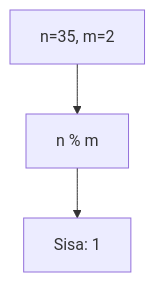
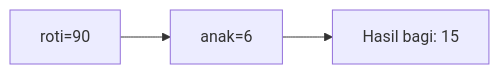
Before and after one commit to amnahwaida/OSNK_INF_PREP: the fifth of 25 diagrams in part-c-pemahaman-cpp/01-tipe-data/latihan/set-10.md, drawn with Mermaid. The commit also changed other lines of this file and 71 other files, not shown here.

````diff
--- a/part-c-pemahaman-cpp/01-tipe-data/latihan/set-10.md
+++ b/part-c-pemahaman-cpp/01-tipe-data/latihan/set-10.md
@@ -159,5 +134,5 @@
 ```mermaid
-graph TD
-A["n=35, m=2"] --> B["n % m"]
-B --> C["Sisa: 1"]
+graph LR
+A["roti=90"] --> B["anak=6"]
+B --> C["Hasil bagi: 15"]
 ```
````
